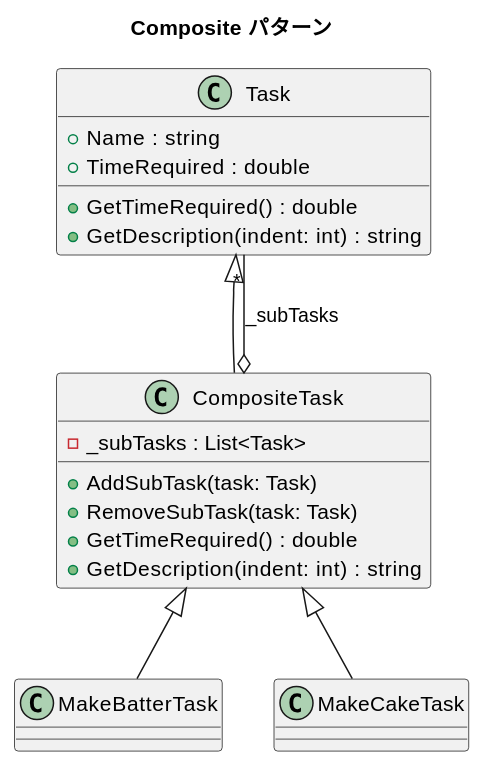
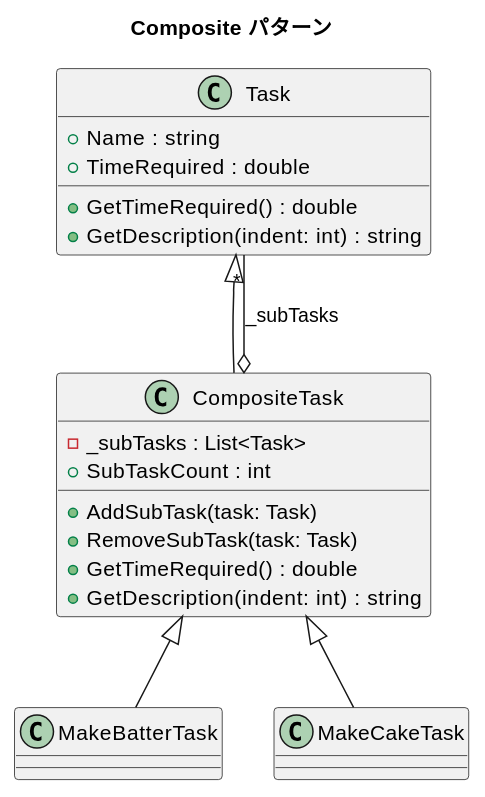
The diagram in docs/article/csharp/07-composite.md (k2works/getting-started-design-pattern), drawn with PlantUML before and after one commit. The commit also changed other lines of this file and 7 other files, not shown here.

````diff
--- a/docs/article/csharp/07-composite.md
+++ b/docs/article/csharp/07-composite.md
@@ -13,31 +13,32 @@
 ```plantuml
 @startuml
 title Composite パターン
 
 class Task {
   + Name : string
   + TimeRequired : double
   + GetTimeRequired() : double
   + GetDescription(indent: int) : string
 }
 
 class CompositeTask {
   - _subTasks : List<Task>
   + AddSubTask(task: Task)
   + RemoveSubTask(task: Task)
+  + SubTaskCount : int
   + GetTimeRequired() : double
   + GetDescription(indent: int) : string
 }
 
 class MakeBatterTask {
 }
 
 class MakeCakeTask {
 }
 
 Task <|-- CompositeTask
 CompositeTask <|-- MakeBatterTask
 CompositeTask <|-- MakeCakeTask
 CompositeTask o-- "*" Task : _subTasks
 @enduml
 ```
````
